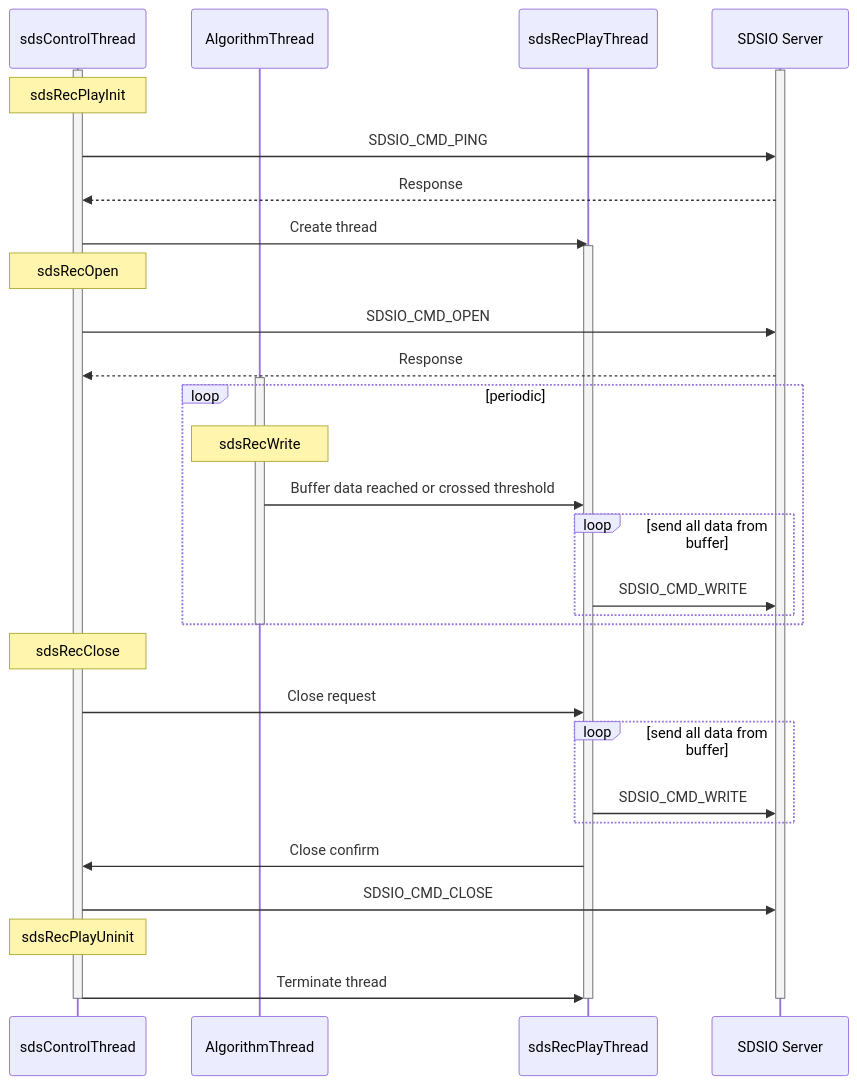
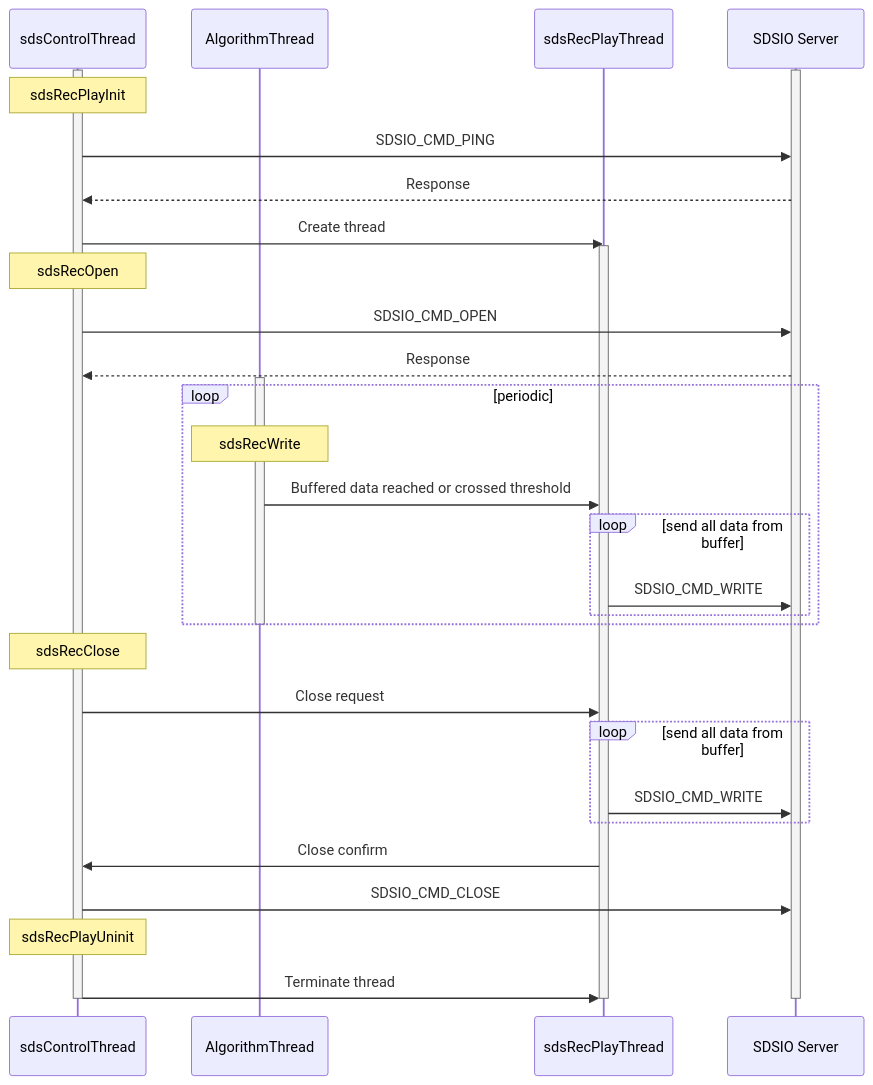
The second of 3 diagrams in documentation/theory.md (ARM-software/SDS-Framework), drawn with Mermaid before and after one commit. The commit also changed other lines of this file and 5 other files, not shown here.

````diff
--- a/documentation/theory.md
+++ b/documentation/theory.md
@@ -328,46 +331,46 @@
 ```mermaid
 sequenceDiagram
     participant sdsControlThread
     activate sdsControlThread
 
     participant AlgorithmThread
     participant Recorder as sdsRecPlayThread
     participant Server as SDSIO Server
 
     activate Server
     Note over sdsControlThread: sdsRecPlayInit
     sdsControlThread->>Server: SDSIO_CMD_PING
     Server-->>sdsControlThread: Response
 
     sdsControlThread->>Recorder: Create thread
     activate Recorder
 
     Note over sdsControlThread: sdsRecOpen
     sdsControlThread->>Server: SDSIO_CMD_OPEN
     Server-->>sdsControlThread: Response
 
     activate AlgorithmThread
     loop periodic
         Note over AlgorithmThread: sdsRecWrite
-        AlgorithmThread->>Recorder: Buffer data reached or crossed threshold
+        AlgorithmThread->>Recorder: Buffered data reached or crossed threshold
         loop send all data from buffer
             Recorder->>Server: SDSIO_CMD_WRITE
         end
     end
     deactivate AlgorithmThread
 
     Note over sdsControlThread: sdsRecClose
     sdsControlThread->>Recorder: Close request
     loop send all data from buffer
         Recorder->>Server: SDSIO_CMD_WRITE
     end
     Recorder->>sdsControlThread: Close confirm
     sdsControlThread->>Server: SDSIO_CMD_CLOSE
 
     Note over sdsControlThread: sdsRecPlayUninit
     sdsControlThread->>Recorder: Terminate thread
     deactivate Recorder
 
     deactivate Server
     deactivate sdsControlThread
 ```
````
